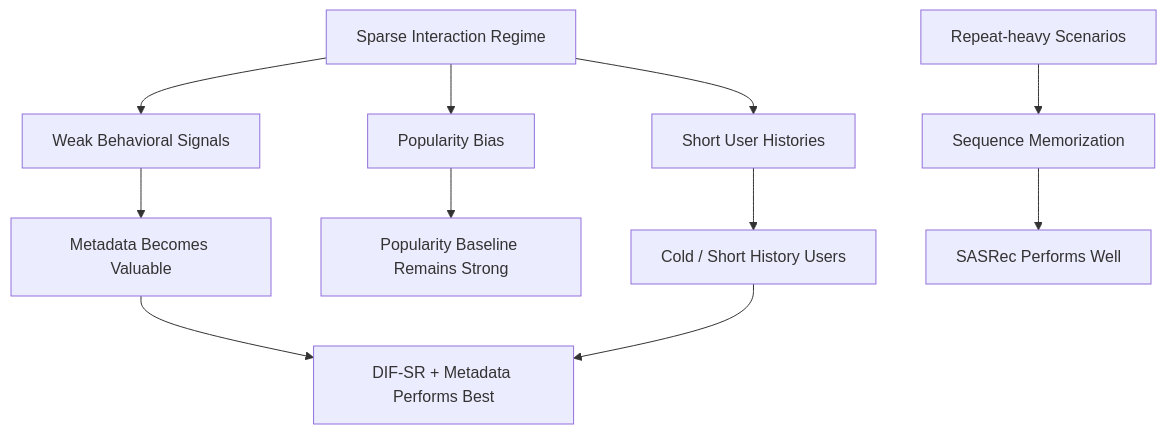
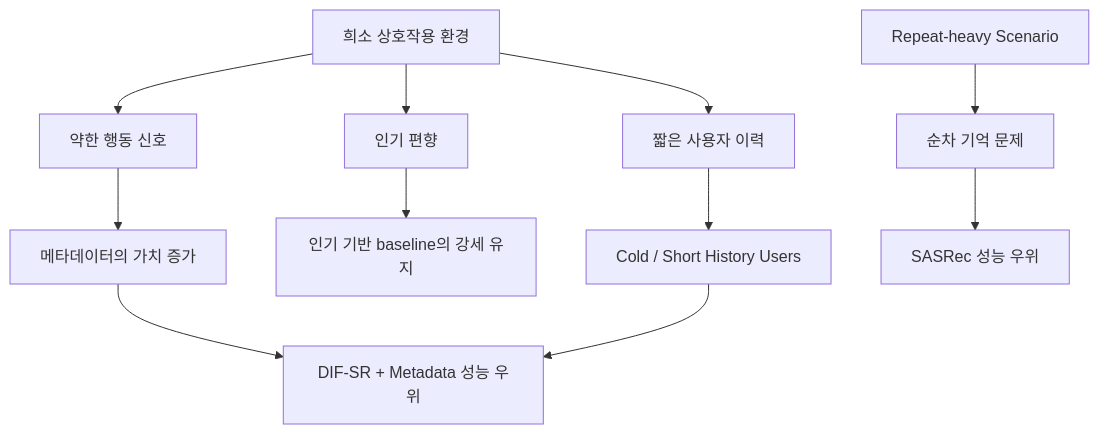
The fourth of 4 diagrams in README.md (hyeongseok21/sequential-recommendation-under-sparsity), drawn with Mermaid before and after one commit. The commit also changed other lines of this file, not shown here.

````diff
--- a/README.md
+++ b/README.md
@@ -389,22 +387,22 @@
 ```mermaid
 flowchart TD
 
-A["Sparse Interaction Regime"]
+A["희소 상호작용 환경"]
 
-A --> B["Weak Behavioral Signals"]
-A --> C["Short User Histories"]
-A --> D["Popularity Bias"]
+A --> B["약한 행동 신호"]
+A --> C["짧은 사용자 이력"]
+A --> D["인기 편향"]
 
-B --> E["Metadata Becomes Valuable"]
+B --> E["메타데이터의 가치 증가"]
 
-E --> F["DIF-SR + Metadata Performs Best"]
+E --> F["DIF-SR + Metadata 성능 우위"]
 
-D --> G["Popularity Baseline Remains Strong"]
+D --> G["인기 기반 baseline의 강세 유지"]
 
 C --> H["Cold / Short History Users"]
 
 H --> F
 
-I["Repeat-heavy Scenarios"] --> J["Sequence Memorization"]
-J --> K["SASRec Performs Well"]
+I["Repeat-heavy Scenario"] --> J["순차 기억 문제"]
+J --> K["SASRec 성능 우위"]
 ```
````
